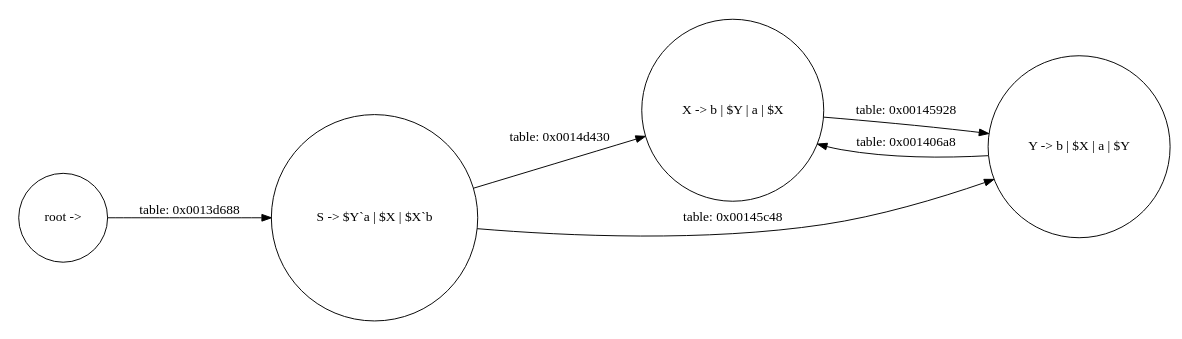
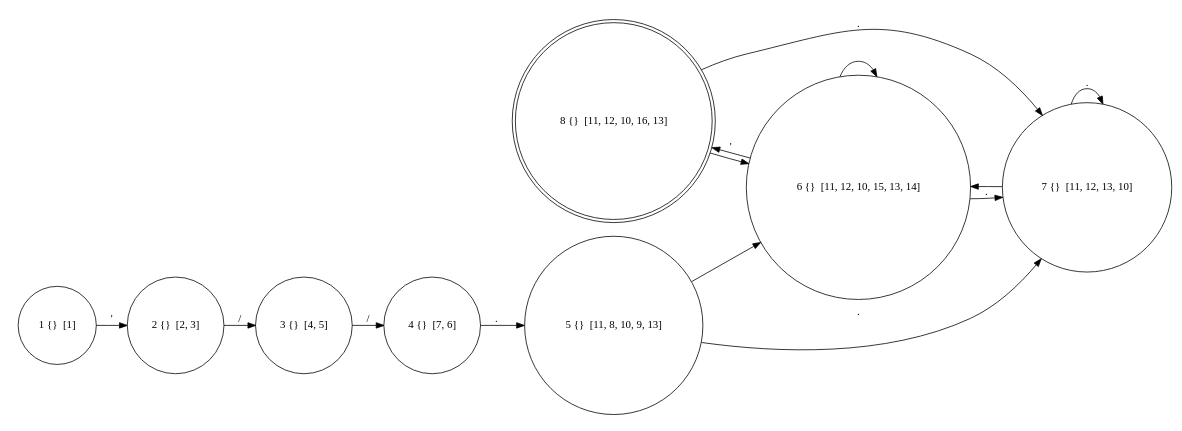
The diagram in testing/test.dot (leegao/LuaInLua), drawn with Graphviz before and after one commit. The commit also changed 8 other files, not shown here.

```diff
--- a/testing/test.dot
+++ b/testing/test.dot
@@ -1,14 +1,31 @@
 digraph {
   rankdir=LR;
   size="8,5"
+  node[shape=doublecircle,label=""]; 8;
   node[shape=circle,label=""];
-  root[label="root -> "];
-  X[label="X -> b | $Y | a | $X"];
-  S[label="S -> $Y`a | $X | $X`b"];
-  Y[label="Y -> b | $X | a | $Y"];
-    root -> S[label="table: 0x0013d688"];
-    X -> Y[label="table: 0x00145928"];
-    S -> Y[label="table: 0x00145c48"];
-    S -> X[label="table: 0x0014d430"];
-    Y -> X[label="table: 0x001406a8"];
+  4[label="4 {}  [7, 6]"];
+  8[label="8 {}  [11, 12, 10, 16, 13]"];
+  1[label="1 {}  [1]"];
+  5[label="5 {}  [11, 8, 10, 9, 13]"];
+  2[label="2 {}  [2, 3]"];
+  6[label="6 {}  [11, 12, 10, 15, 13, 14]"];
+  7[label="7 {}  [11, 12, 13, 10]"];
+  3[label="3 {}  [4, 5]"];
+  4 -> 5[label="."];
+  8 -> 7[label="."];
+  8 -> 6[label="
+"];
+  1 -> 2[label="'"];
+  5 -> 7[label="."];
+  5 -> 6[label="
+"];
+  2 -> 3[label="/"];
+  6 -> 6[label="
+"];
+  6 -> 8[label="'"];
+  6 -> 7[label="."];
+  7 -> 7[label="."];
+  7 -> 6[label="
+"];
+  3 -> 4[label="/"];
 }
```
